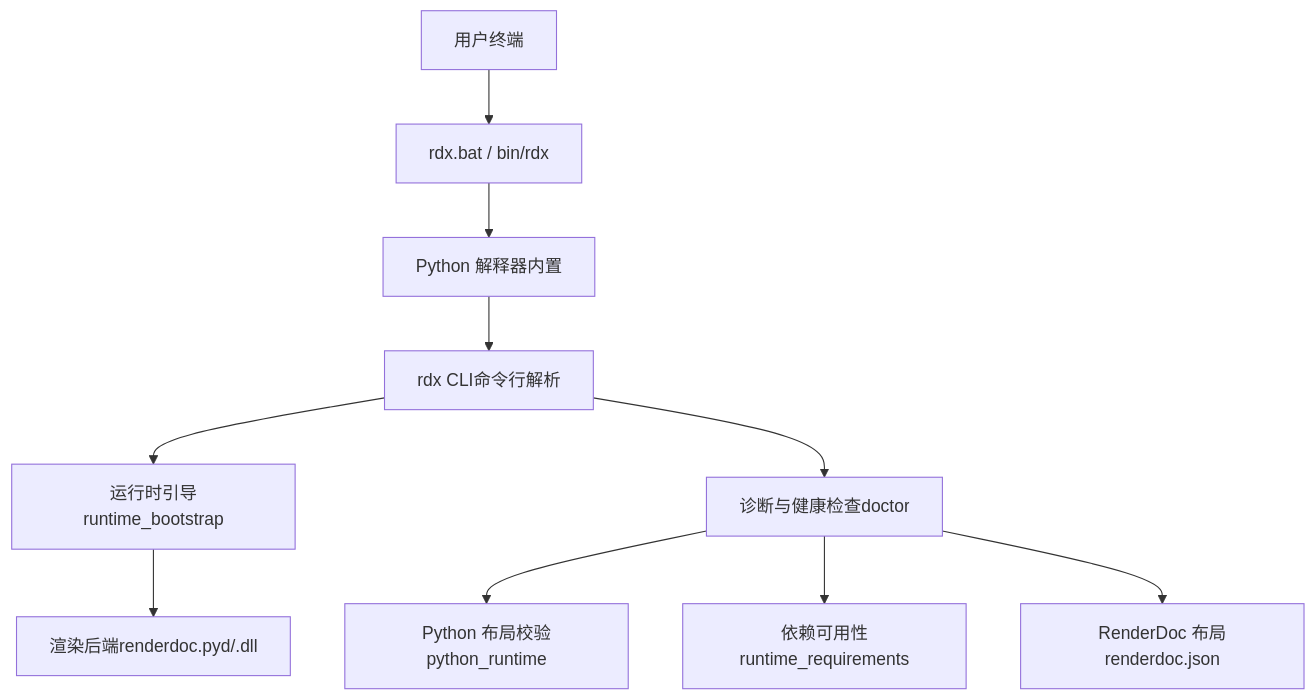
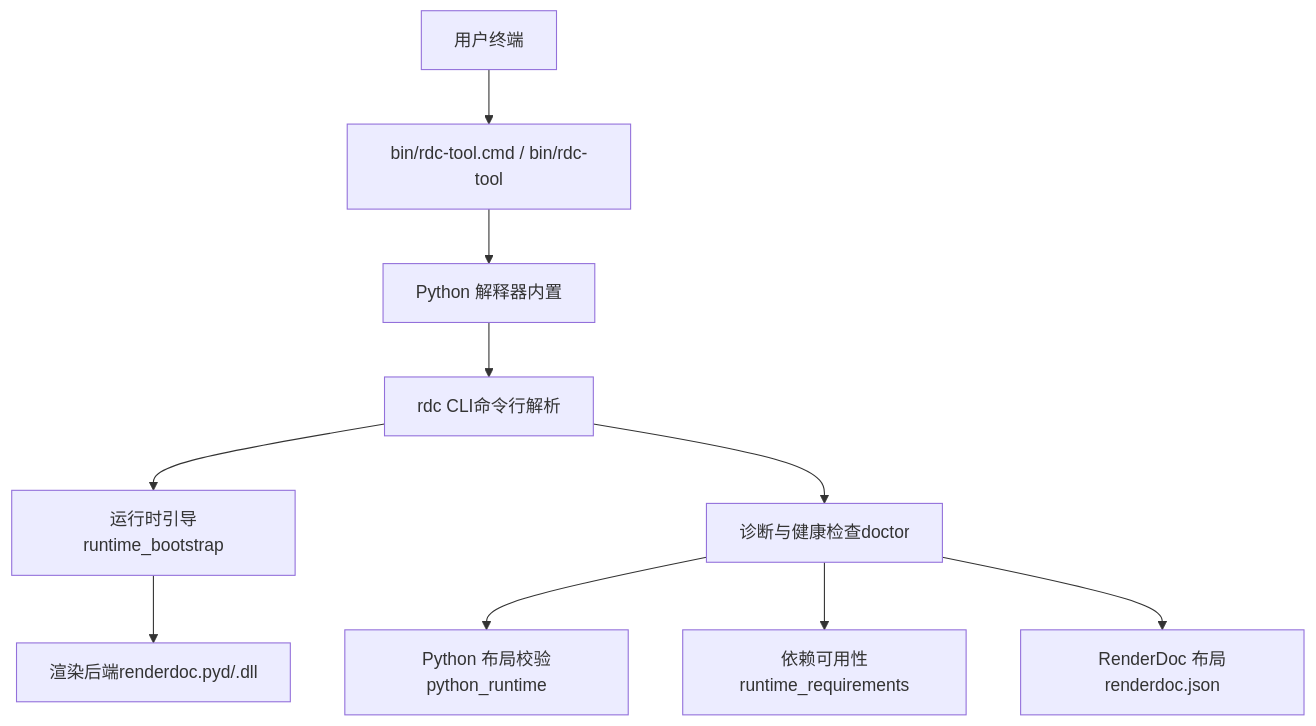
One commit to haolange/RDC-Tool changed the first of 3 diagrams in .qoder/repowiki/zh/content/故障排除/环境问题诊断.md. Above: the diagram before and after it, drawn with Mermaid. The commit also changed other lines of this file and 388 other files, not shown here.

First line of the commit message:
Release RDC-Tool identity and public maintenance surface

````diff
--- a/.qoder/repowiki/zh/content/故障排除/环境问题诊断.md
+++ b/.qoder/repowiki/zh/content/故障排除/环境问题诊断.md
@@ -46,12 +46,12 @@
 ```mermaid
 graph TB
-A["用户终端"] --> B["rdx.bat / bin/rdx"]
+A["用户终端"] --> B["bin/rdc-tool.cmd / bin/rdc-tool"]
 B --> C["Python 解释器内置"]
-C --> D["rdx CLI命令行解析"]
+C --> D["rdc CLI命令行解析"]
 D --> E["运行时引导runtime_bootstrap"]
 E --> F["渲染后端renderdoc.pyd/.dll"]
 D --> G["诊断与健康检查doctor"]
 G --> H["Python 布局校验python_runtime"]
 G --> I["依赖可用性runtime_requirements"]
 G --> J["RenderDoc 布局renderdoc.json"]
 ```
````
